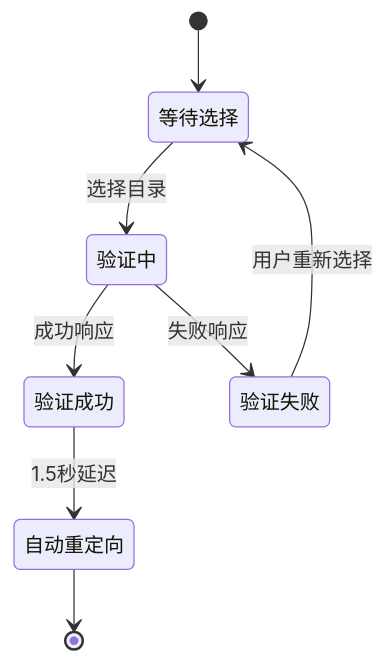
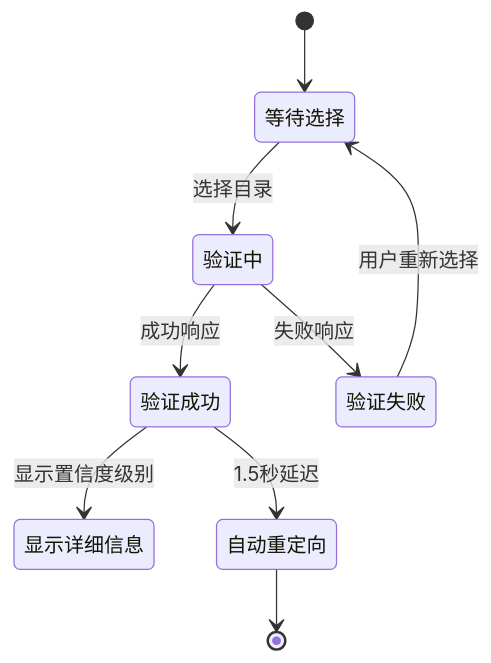
Before and after one commit to itszzl-sudo/iris: the fourth of 7 diagrams in .qoder/repowiki/zh/content/API参考手册/验证API端点详细说明.md, drawn with Mermaid. The commit also changed other lines of this file and 5 other files, not shown here.

````diff
--- a/.qoder/repowiki/zh/content/API参考手册/验证API端点详细说明.md
+++ b/.qoder/repowiki/zh/content/API参考手册/验证API端点详细说明.md
@@ -207,10 +240,11 @@
 ```mermaid
 stateDiagram-v2
 [*] --> 等待选择
 等待选择 --> 验证中 : 选择目录
 验证中 --> 验证成功 : 成功响应
 验证中 --> 验证失败 : 失败响应
+验证成功 --> 显示详细信息 : 显示置信度级别
 验证成功 --> 自动重定向 : 1.5秒延迟
 自动重定向 --> [*]
 验证失败 --> 等待选择 : 用户重新选择
 ```
````
